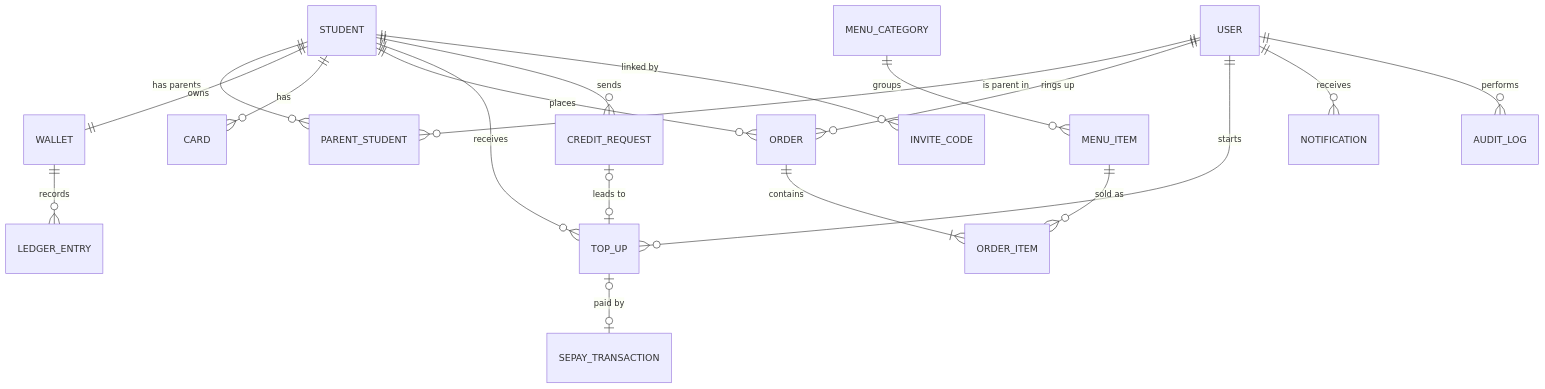
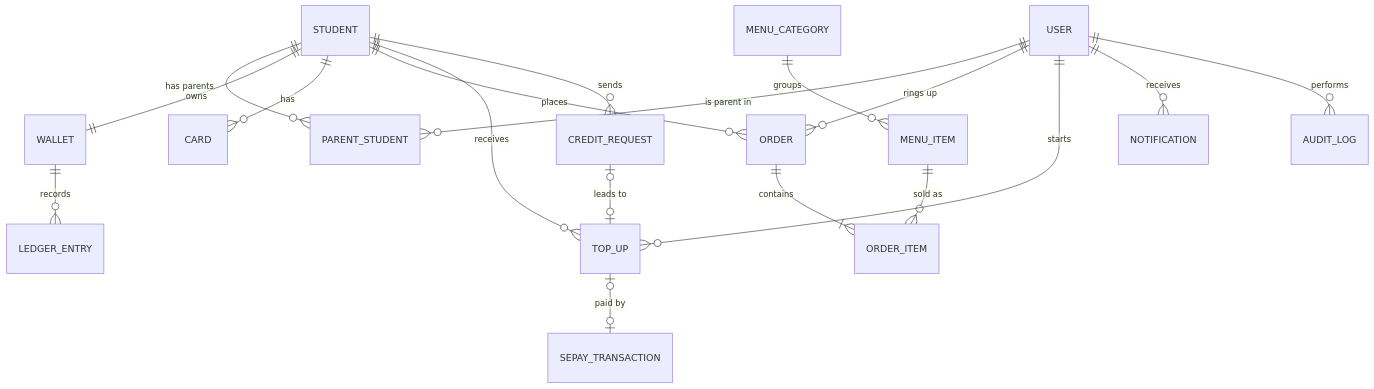
One commit to leedoekahn401/scoin changed the seventh of 7 diagrams in docs/srs/schoolcoin-srs-v1.0.md. Above: the diagram before and after it, drawn with Mermaid. The commit also changed other lines of this file and 1 other file, not shown here.

````diff
--- a/docs/srs/schoolcoin-srs-v1.0.md
+++ b/docs/srs/schoolcoin-srs-v1.0.md
@@ -582,21 +579,20 @@
 ```mermaid
 erDiagram
   USER ||--o{ PARENT_STUDENT : "is parent in"
   STUDENT ||--o{ PARENT_STUDENT : "has parents"
   STUDENT ||--|| WALLET : owns
   STUDENT ||--o{ CARD : has
   WALLET ||--o{ LEDGER_ENTRY : records
   STUDENT ||--o{ ORDER : places
   USER ||--o{ ORDER : "rings up"
   ORDER ||--|{ ORDER_ITEM : contains
   MENU_ITEM ||--o{ ORDER_ITEM : "sold as"
   MENU_CATEGORY ||--o{ MENU_ITEM : groups
   STUDENT ||--o{ TOP_UP : receives
   USER ||--o{ TOP_UP : starts
   TOP_UP |o--o| SEPAY_TRANSACTION : "paid by"
   STUDENT ||--o{ CREDIT_REQUEST : sends
   CREDIT_REQUEST |o--o| TOP_UP : "leads to"
-  STUDENT ||--o{ INVITE_CODE : "linked by"
   USER ||--o{ NOTIFICATION : receives
   USER ||--o{ AUDIT_LOG : performs
 ```
````
